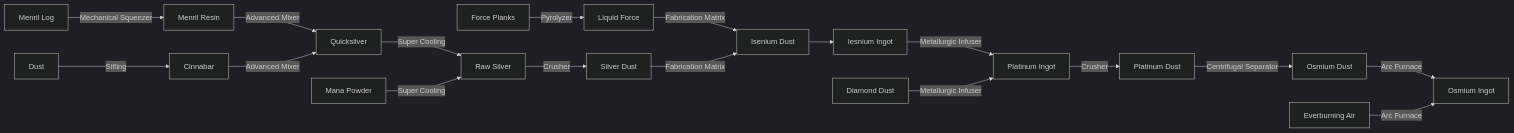
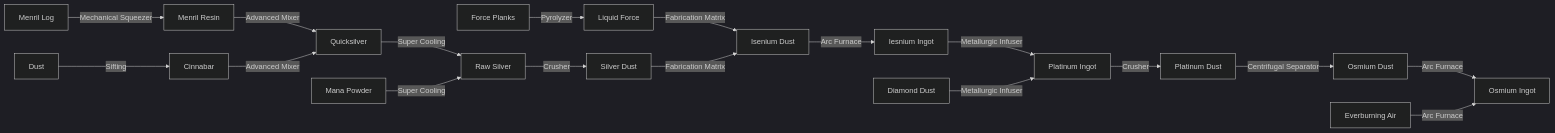
The diagram in README.md (res0nat0r/minecraft), drawn with Mermaid (dark theme) before and after one commit.

````diff
--- a/README.md
+++ b/README.md
@@ -3,52 +3,52 @@
 ```mermaid
 %%{
 init: {
 "flowchart":{
 "useMaxWidth": 0
 }
 }
 }%%
 
 graph LR
 
 %% Osmium Ingot
 osmium_dust[Osmium Dust] -->|Arc Furnace| osmium_ingot[Osmium Ingot]
 everburning_air[Everburning Air] -->|Arc Furnace| osmium_ingot
 
 %% Osmium Dust
 platinum_dust[Platinum Dust] -->|Centrifugal Separator| osmium_dust
 
 %% Platnium Dust
 platinum_ingot[Platinum Ingot] -->|Crusher| platinum_dust
 
 %% Platinum Ingot
 iesnium_ingot[Iesnium Ingot] -->|Metallurgic Infuser| platinum_ingot
 diamond_dust[Diamond Dust] -->|Metallurgic Infuser| platinum_ingot
 
 %% Iesnium Ingot
-isenium_dust[Isenium Dust] --> iesnium_ingot
+isenium_dust[Isenium Dust] -->|Arc Furnace| iesnium_ingot
 
 %% Isenium Dust
 liquid_force[Liquid Force] -->|Fabrication Matrix| isenium_dust
 silver_dust[Silver Dust] -->|Fabrication Matrix| isenium_dust
 
 %% Liquid Force
 force_planks[Force Planks] -->|Pyrolyzer| liquid_force
 
 %% Silver Dust
 raw_silver[Raw Silver] -->|Crusher| silver_dust
 
 %% Raw Silver
 quicksilver[Quicksilver] -->|Super Cooling| raw_silver
 mana_powder[Mana Powder] -->|Super Cooling| raw_silver
 
 %% Quicksilver
 menril_resin[Menril Resin] -->|Advanced Mixer| quicksilver
 cinnabar[Cinnabar] -->|Advanced Mixer| quicksilver
 
 %% Menril Resin
 menril_log[Menril Log] -->|Mechanical Squeezer| menril_resin
 
 %% Cinnabar
 dust[Dust] -->|Sifting| cinnabar
 ```
````
